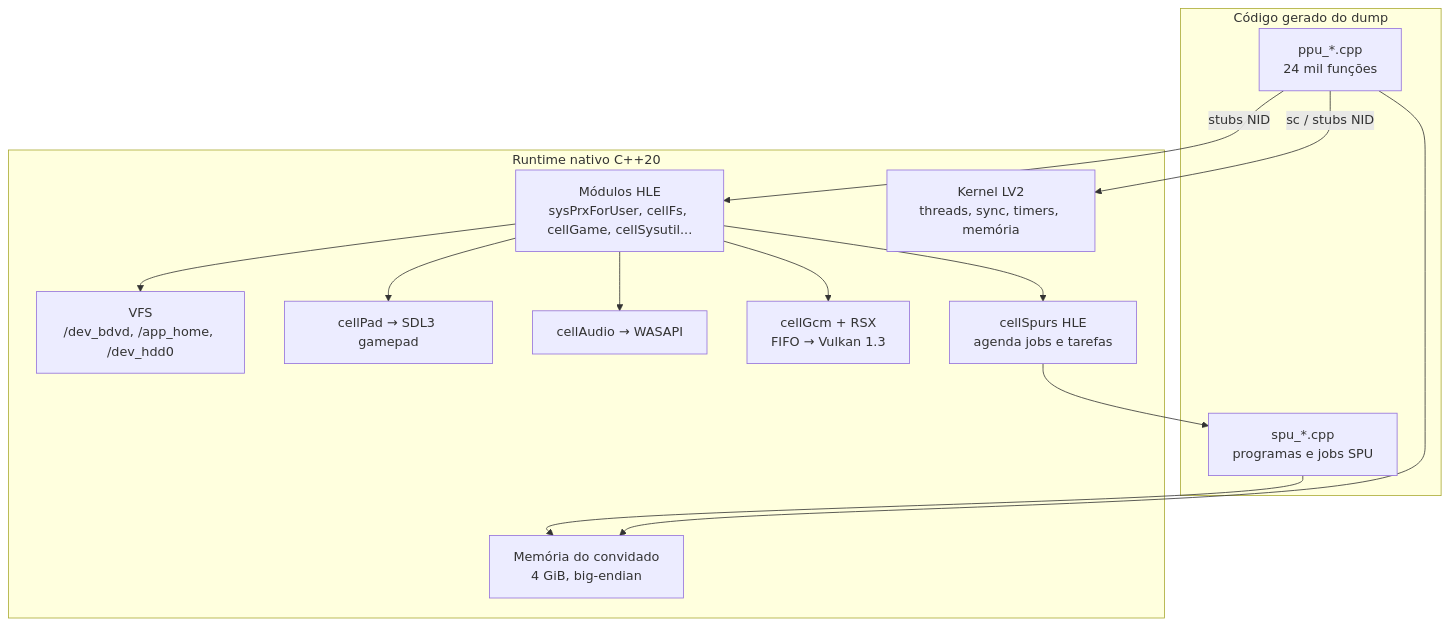
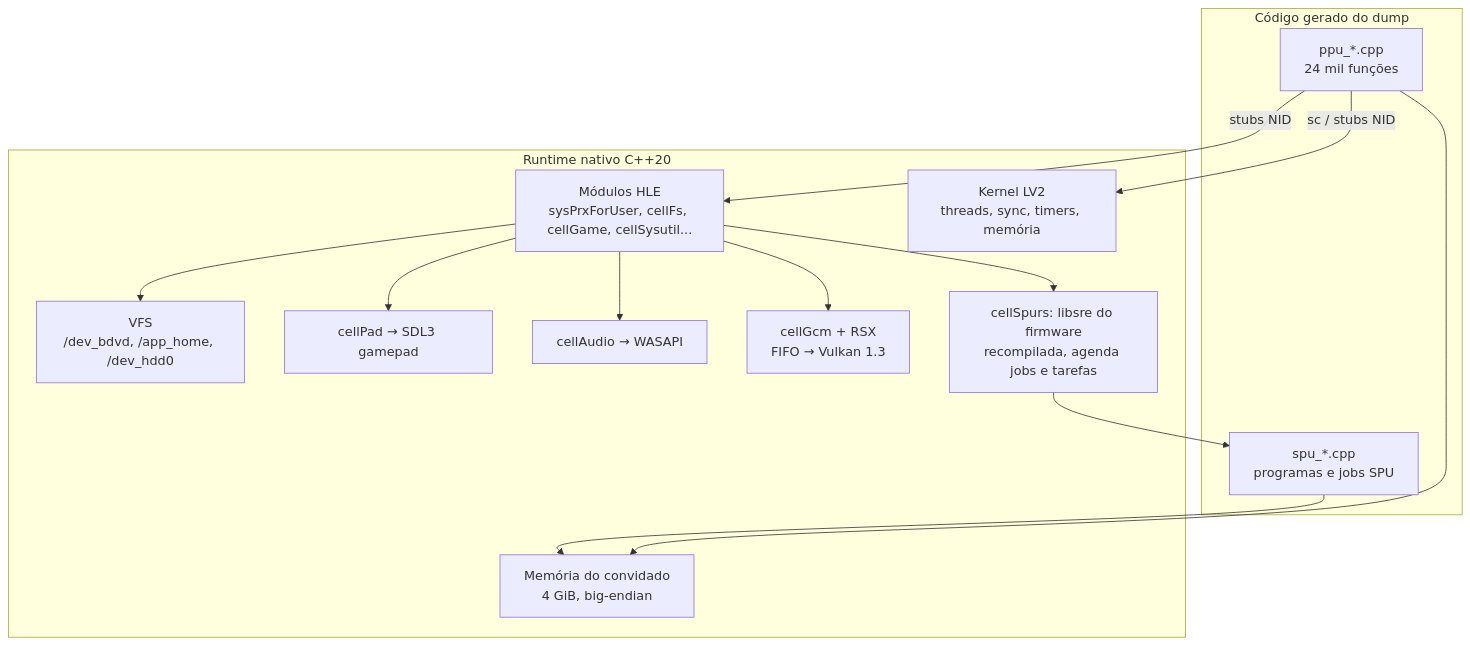
Before and after one commit to mvieira-hub/sly4-port: the diagram in docs/ROADMAP.md, drawn with Mermaid. The commit also changed other lines of this file and 97 other files, not shown here.

````diff
--- a/docs/ROADMAP.md
+++ b/docs/ROADMAP.md
@@ -145,26 +145,26 @@
 ```mermaid
 flowchart TB
   subgraph gen[Código gerado do dump]
     PPU[ppu_*.cpp<br/>24 mil funções]
     SPU[spu_*.cpp<br/>programas e jobs SPU]
   end
   subgraph rt[Runtime nativo C++20]
     MEM[Memória do convidado<br/>4 GiB, big-endian]
     KRN[Kernel LV2<br/>threads, sync, timers, memória]
     HLE[Módulos HLE<br/>sysPrxForUser, cellFs, cellGame, cellSysutil...]
-    SPURS[cellSpurs HLE<br/>agenda jobs e tarefas]
+    SPURS[cellSpurs: libsre do firmware<br/>recompilada, agenda jobs e tarefas]
     GCM[cellGcm + RSX<br/>FIFO → Vulkan 1.3]
     AUD[cellAudio → WASAPI]
     PAD[cellPad → SDL3 gamepad]
     VFS[VFS<br/>/dev_bdvd, /app_home, /dev_hdd0]
   end
   PPU --> MEM
   PPU -- sc / stubs NID --> KRN
   PPU -- stubs NID --> HLE
   HLE --> SPURS --> SPU
   HLE --> GCM
   HLE --> AUD
   HLE --> PAD
   HLE --> VFS
   SPU --> MEM
 ```
````
